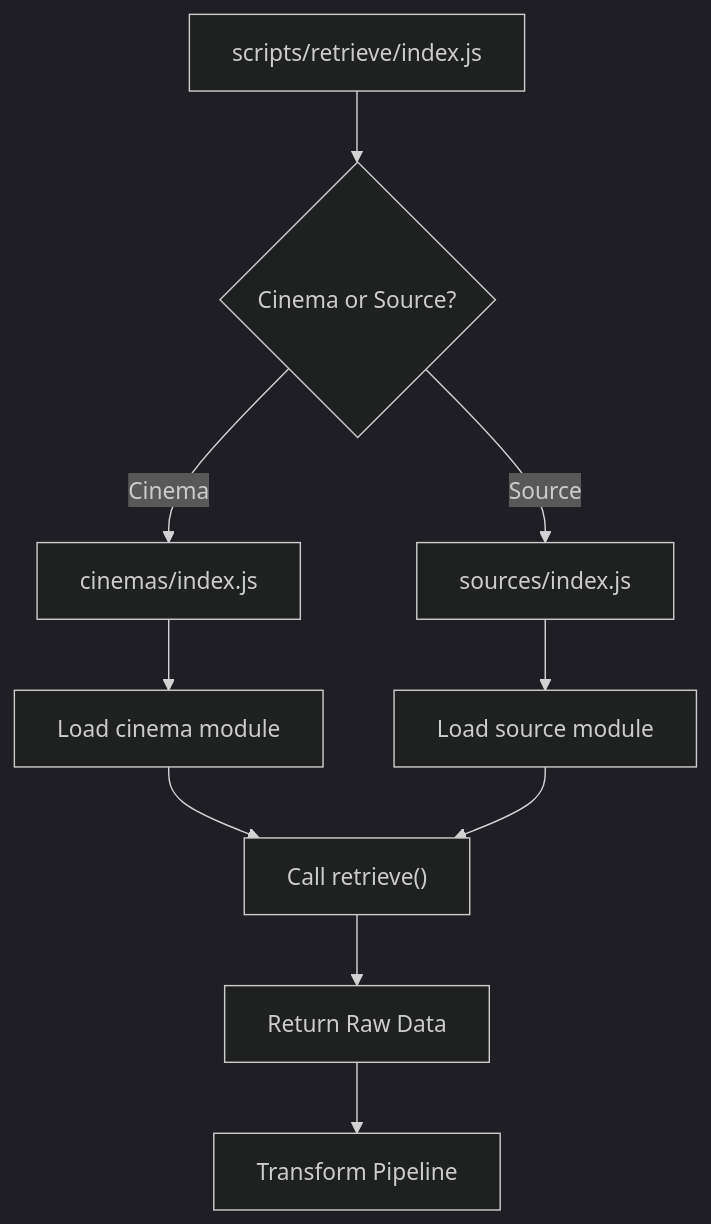
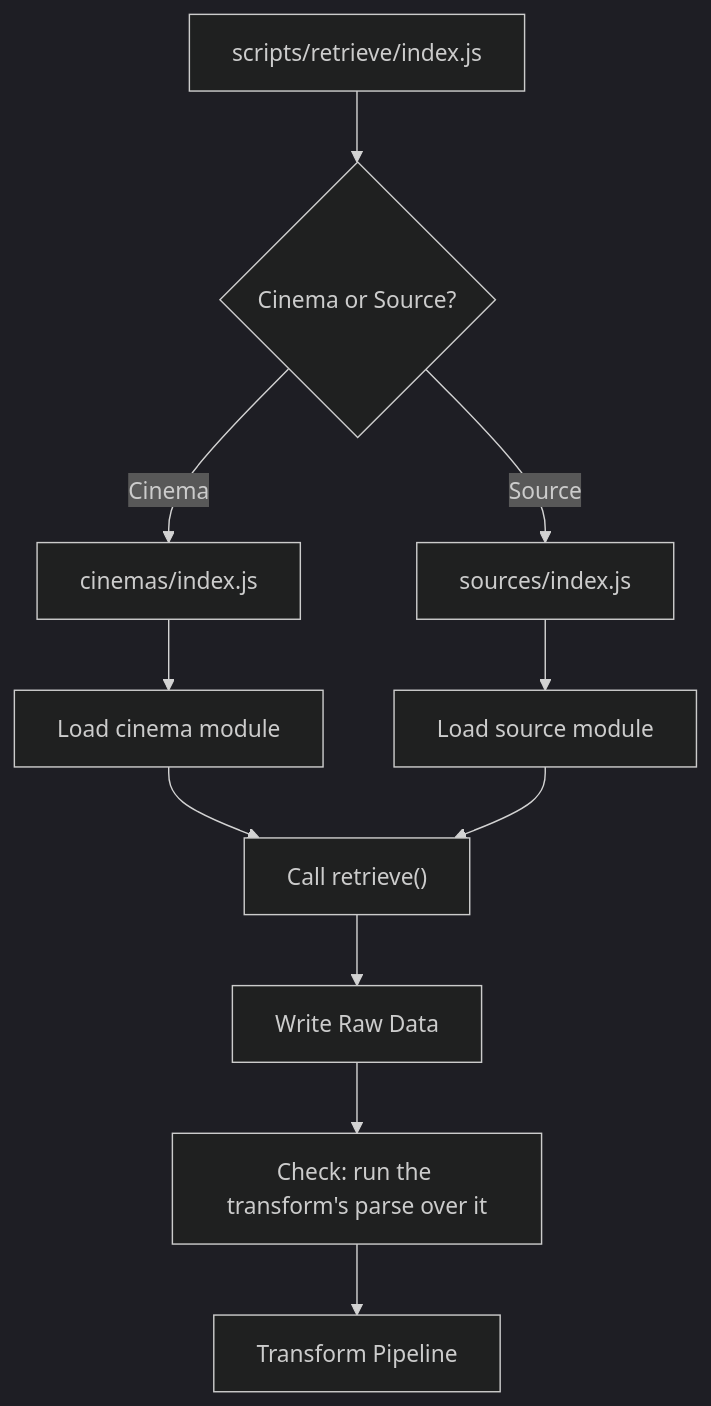
The first of 3 diagrams in docs/retrieve.md (clusterflick/scripts), drawn with Mermaid (dark theme) before and after one commit. The commit also changed other lines of this file and 5 other files, not shown here.

````diff
--- a/docs/retrieve.md
+++ b/docs/retrieve.md
@@ -18,12 +18,13 @@
 ```mermaid
 flowchart TD
     A[scripts/retrieve/index.js] --> B{Cinema or Source?}
     B -->|Cinema| C[cinemas/index.js]
     B -->|Source| D[sources/index.js]
     C --> E["Load cinema module"]
     D --> F["Load source module"]
     E --> G["Call retrieve()"]
     F --> G
-    G --> H[Return Raw Data]
-    H --> I[Transform Pipeline]
+    G --> H[Write Raw Data]
+    H --> J["Check: run the transform's parse over it"]
+    J --> I[Transform Pipeline]
 ```
````
